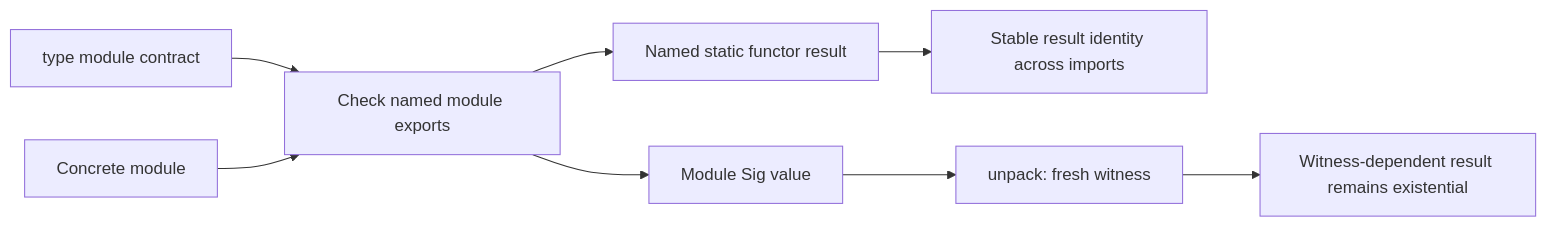
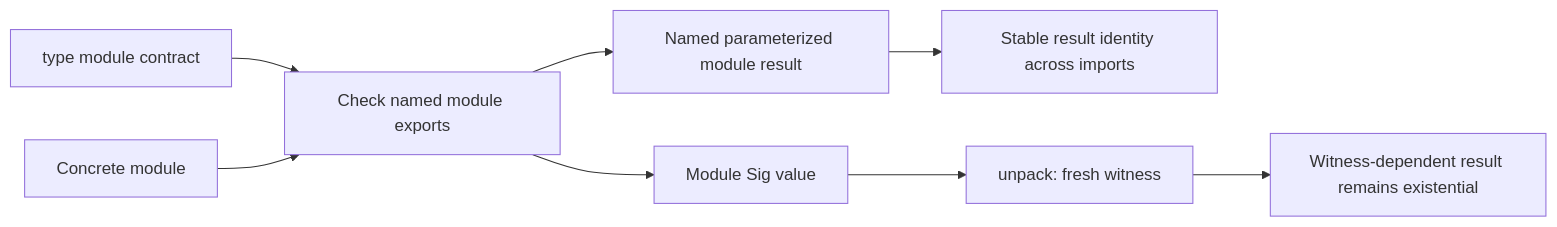
Before and after one commit to bondiano/flick-lang: the diagram in droid-wiki/features/modules-and-classes.md, drawn with Mermaid. The commit also changed other lines of this file and 41 other files, not shown here.

Commit message:
refactor(modules): use parameterized module terminology throughout

````diff
--- a/droid-wiki/features/modules-and-classes.md
+++ b/droid-wiki/features/modules-and-classes.md
@@ -38,10 +40,10 @@
 ```mermaid
 graph LR
     Contract["type module contract"] --> Match["Check named module exports"]
     Argument["Concrete module"] --> Match
-    Match --> Static["Named static functor result"]
+    Match --> Static["Named parameterized module result"]
     Match --> Packed["Module Sig value"]
     Static --> Identity["Stable result identity across imports"]
     Packed --> Open["unpack: fresh witness"]
     Open --> Existential["Witness-dependent result remains existential"]
 ```
````
